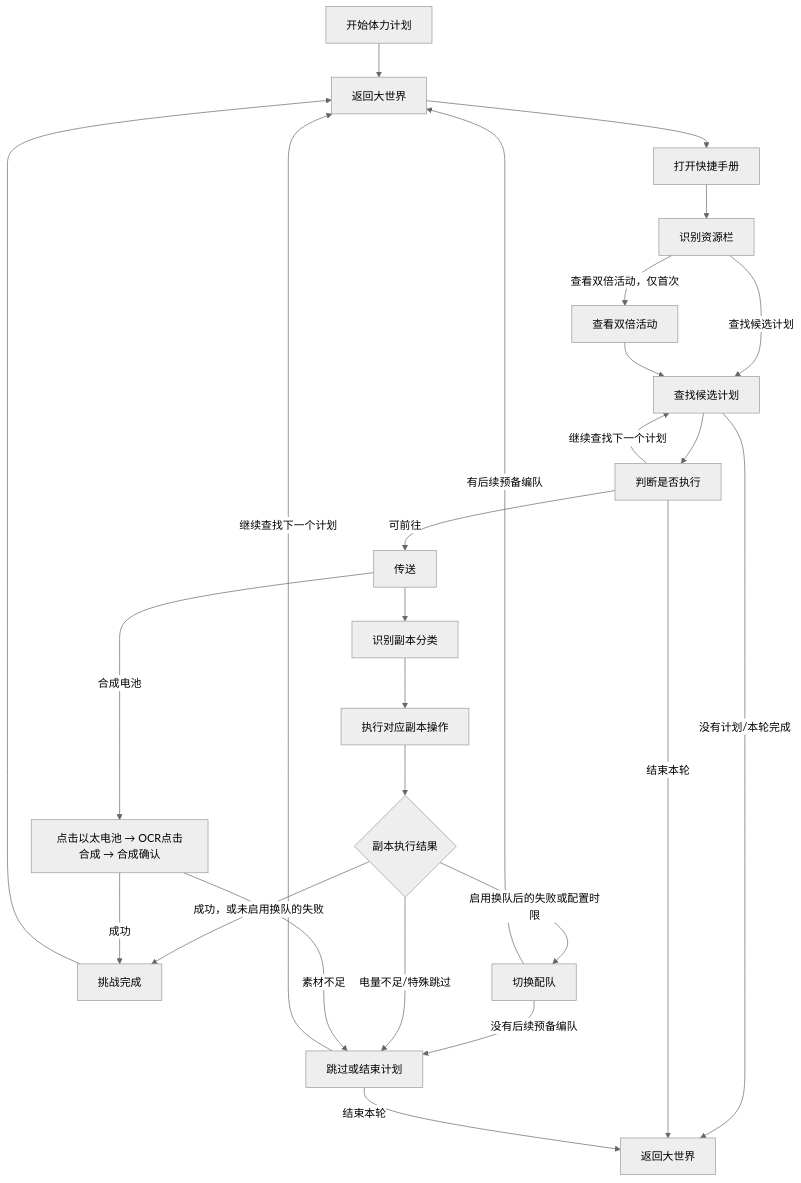
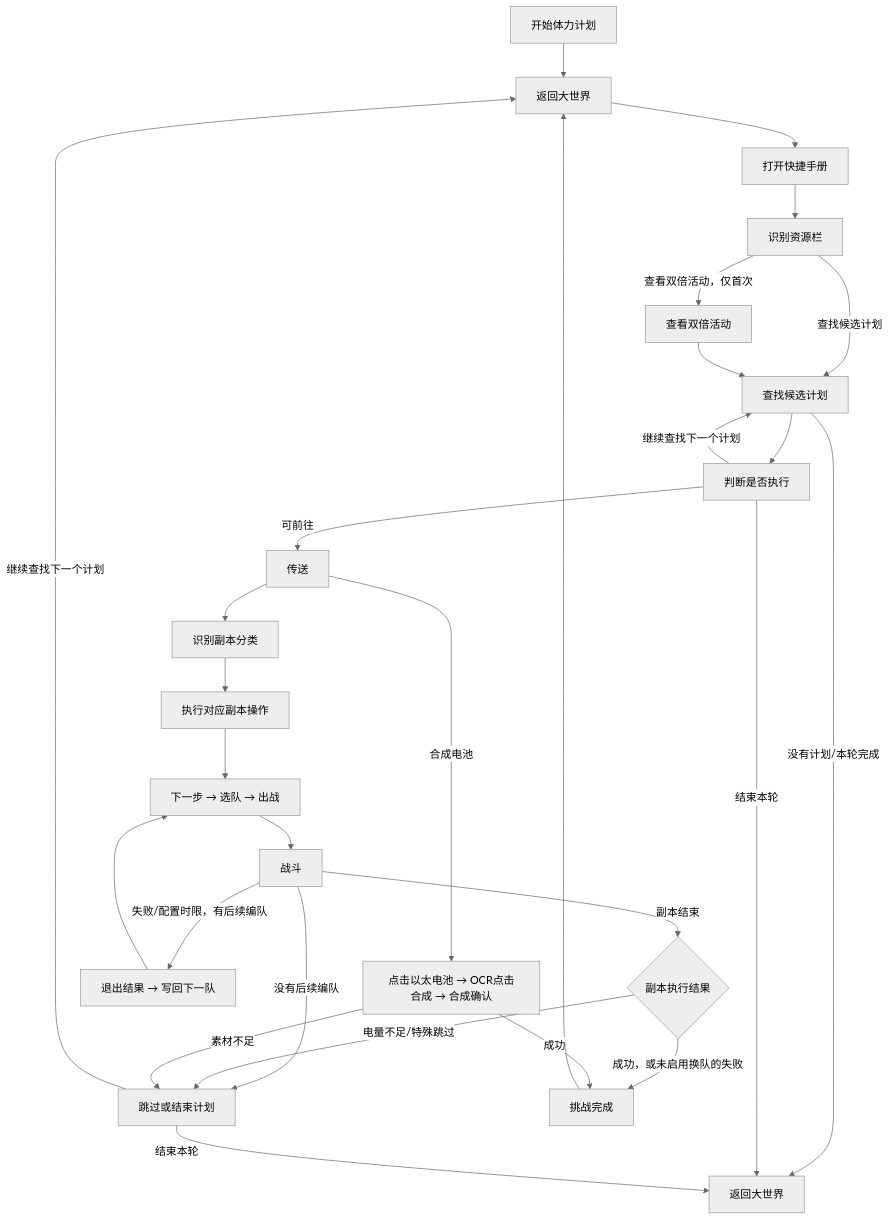
The diagram in docs/develop/zzz/application/charge_plan.md (OneDragon-Anything/ZenlessZoneZero-OneDragon), drawn with Mermaid (neutral theme) before and after one commit. The commit also changed other lines of this file and 8 other files, not shown here.

````diff
--- a/docs/develop/zzz/application/charge_plan.md
+++ b/docs/develop/zzz/application/charge_plan.md
@@ -206,28 +207,30 @@
 ```mermaid
 graph TD
     A["开始体力计划"] --> B0["返回大世界"]
     B0 --> B["打开快捷手册"]
     B --> C["识别资源栏"]
     C -->|查看双倍活动，仅首次| C2["查看双倍活动"]
     C -->|查找候选计划| D["查找候选计划"]
     C2 --> D
     D --> E["判断是否执行"]
     D -->|没有计划/本轮完成| J["返回大世界"]
     E -->|可前往| H["传送"]
     E -->|继续查找下一个计划| D
     E -->|结束本轮| J
     H -->|合成电池| EB["点击以太电池 → OCR点击合成 → 合成确认"]
     H --> K["识别副本分类"]
     K --> L["执行对应副本操作"]
-    L --> M{"副本执行结果"}
+    L --> T["下一步 → 选队 → 出战"]
+    T --> R["战斗"]
+    R -->|"失败/配置时限，有后续编队"| S["退出结果 → 写回下一队"]
+    S --> T
+    R -->|"没有后续编队"| Q
+    R -->|"副本结束"| M{"副本执行结果"}
     M -->|成功，或未启用换队的失败| N["挑战完成"]
-    M -->|启用换队后的失败或配置时限| S["切换配队"]
-    S -->|有后续预备编队| B0
-    S -->|没有后续预备编队| Q
     M -->|电量不足/特殊跳过| Q["跳过或结束计划"]
     EB -->|成功| N
     EB -->|素材不足| Q
     N --> B0
     Q -->|继续查找下一个计划| B0
     Q -->|结束本轮| J
 ```
````
